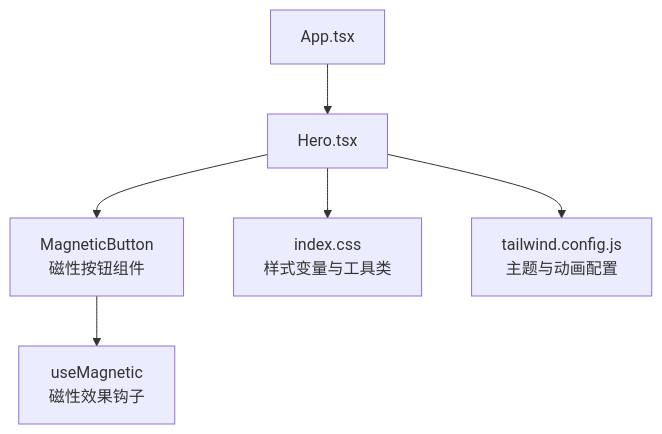
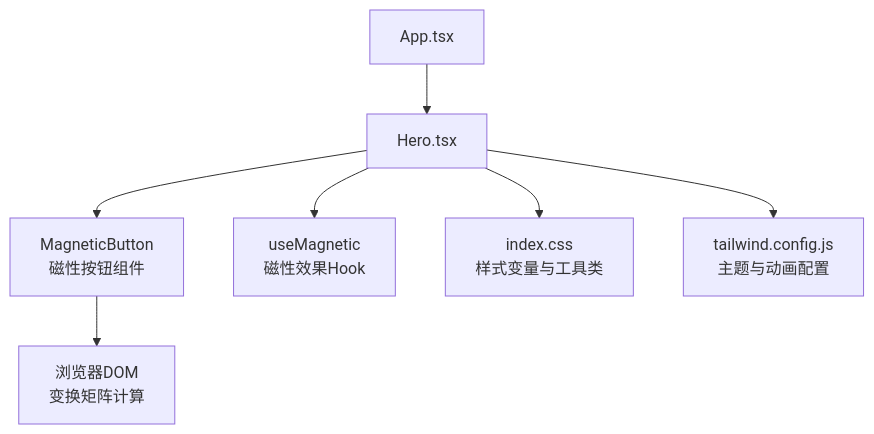
The first of 5 diagrams in .qoder/repowiki/zh/content/架构设计/组件架构/页面组件/Hero组件.md (Primoguo/naolizhi.cn), drawn with Mermaid before and after one commit. The commit also changed other lines of this file and 23 other files, not shown here.

````diff
--- a/.qoder/repowiki/zh/content/架构设计/组件架构/页面组件/Hero组件.md
+++ b/.qoder/repowiki/zh/content/架构设计/组件架构/页面组件/Hero组件.md
@@ -37,8 +39,9 @@
 ```mermaid
 graph TB
 App["App.tsx"] --> Hero["Hero.tsx"]
 Hero --> MagneticButton["MagneticButton<br/>磁性按钮组件"]
+Hero --> useMagnetic["useMagnetic<br/>磁性效果Hook"]
 Hero --> CSS["index.css<br/>样式变量与工具类"]
 Hero --> TW["tailwind.config.js<br/>主题与动画配置"]
-MagneticButton --> useMagnetic["useMagnetic<br/>磁性效果钩子"]
+MagneticButton --> DOM["浏览器DOM<br/>变换矩阵计算"]
 ```
````
